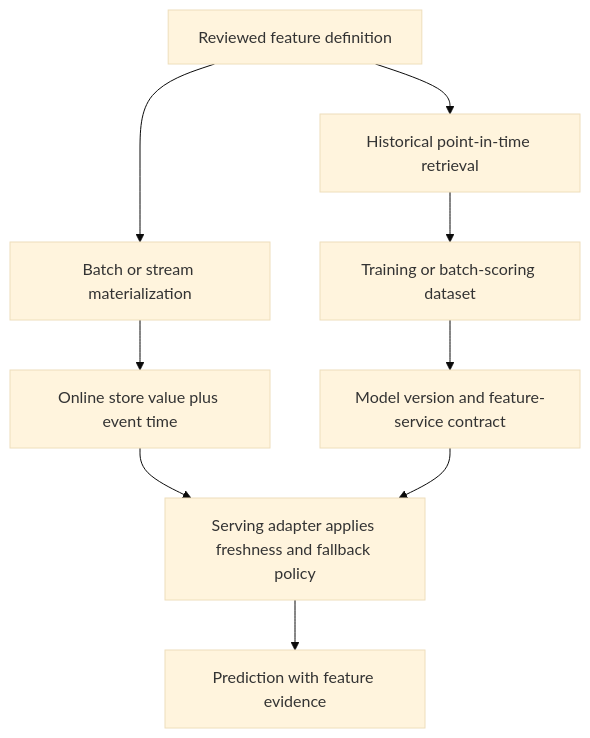
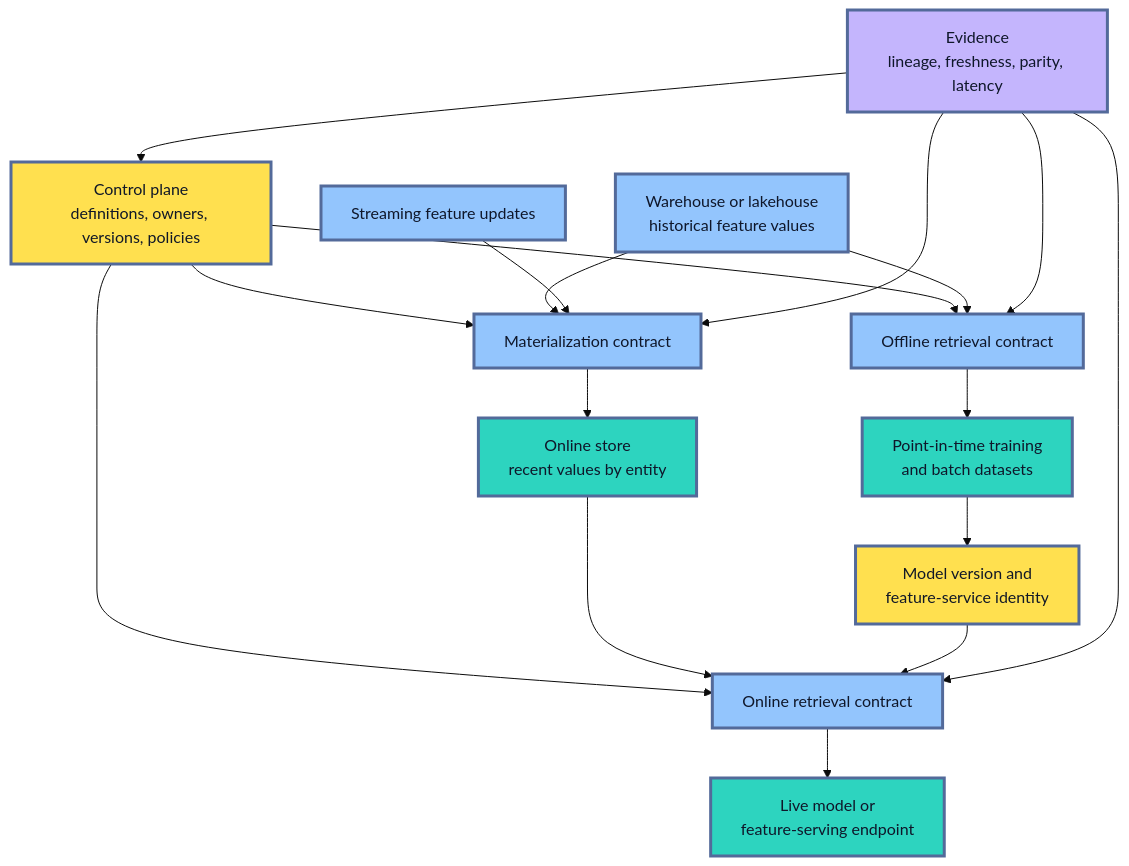
One commit to senlinyy/dev-roadmaps changed the first of 5 diagrams in roadmaps/mlops/modules/data-for-ml-systems/feature-management/04-feature-stores-explained.md. Above: the diagram before and after it, drawn with Mermaid (base theme). The commit also changed other lines of this file and 198 other files, not shown here.

````diff
--- a/roadmaps/mlops/modules/data-for-ml-systems/feature-management/04-feature-stores-explained.md
+++ b/roadmaps/mlops/modules/data-for-ml-systems/feature-management/04-feature-stores-explained.md
@@ -65,11 +55,28 @@
 ```mermaid
 flowchart TD
-    D["Reviewed feature definition"] --> H["Historical point-in-time retrieval"]
-    D --> M["Batch or stream materialization"]
-    H --> T["Training or batch-scoring dataset"]
-    M --> O["Online store value plus event time"]
-    O --> A["Serving adapter applies freshness and fallback policy"]
-    T --> P["Model version and feature-service contract"]
-    P --> A
-    A --> I["Prediction with feature evidence"]
+    A["Control plane<br/>definitions, owners, versions, policies"] --> B["Offline retrieval contract"]
+    A --> C["Materialization contract"]
+    A --> D["Online retrieval contract"]
+    E["Warehouse or lakehouse<br/>historical feature values"] --> B
+    B --> F["Point-in-time training<br/>and batch datasets"]
+    E --> C
+    G["Streaming feature updates"] --> C
+    C --> H["Online store<br/>recent values by entity"]
+    H --> D
+    D --> I["Live model or<br/>feature-serving endpoint"]
+    F --> J["Model version and<br/>feature-service identity"]
+    J --> D
+    K["Evidence<br/>lineage, freshness, parity, latency"] --> A
+    K --> B
+    K --> C
+    K --> D
+
+    classDef control fill:#FFE04F,stroke:#536A9A,stroke-width:3px,color:#111827
+    classDef data fill:#93C5FD,stroke:#536A9A,stroke-width:3px,color:#0F172A
+    classDef serve fill:#2DD4BF,stroke:#536A9A,stroke-width:3px,color:#0F172A
+    classDef evidence fill:#C4B5FD,stroke:#536A9A,stroke-width:3px,color:#0F172A
+    class A,J control
+    class B,C,D,E,G data
+    class F,H,I serve
+    class K evidence
 ```
````
